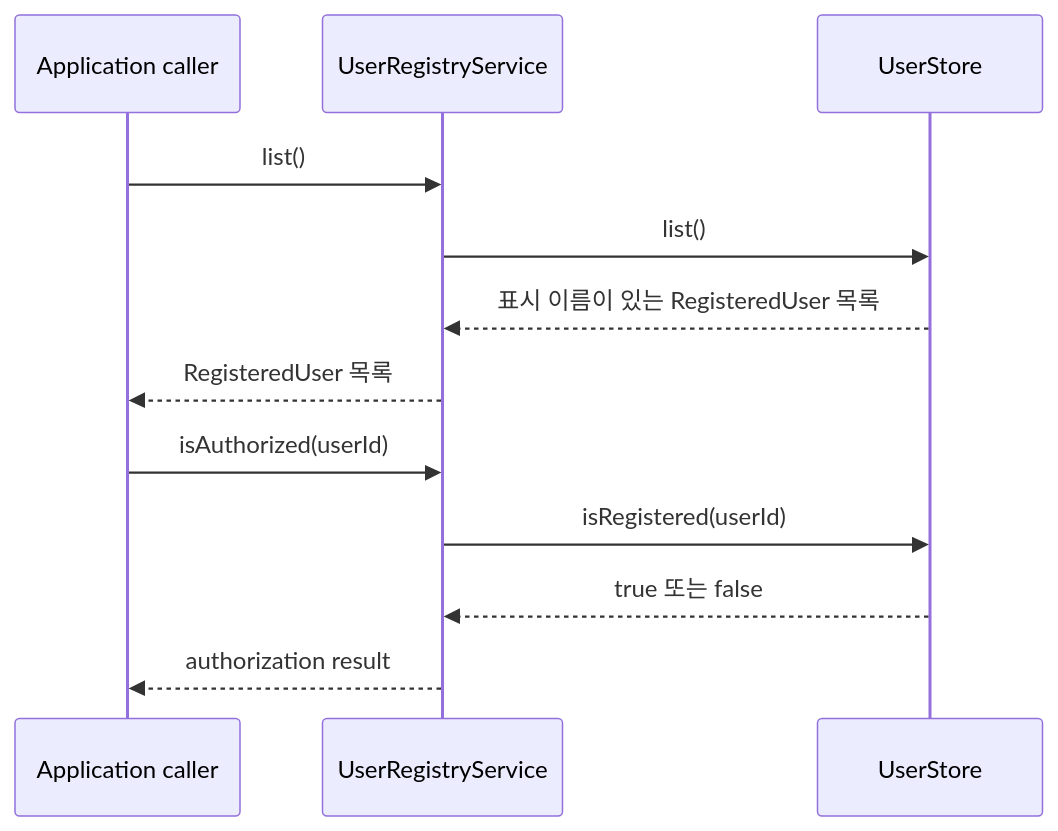
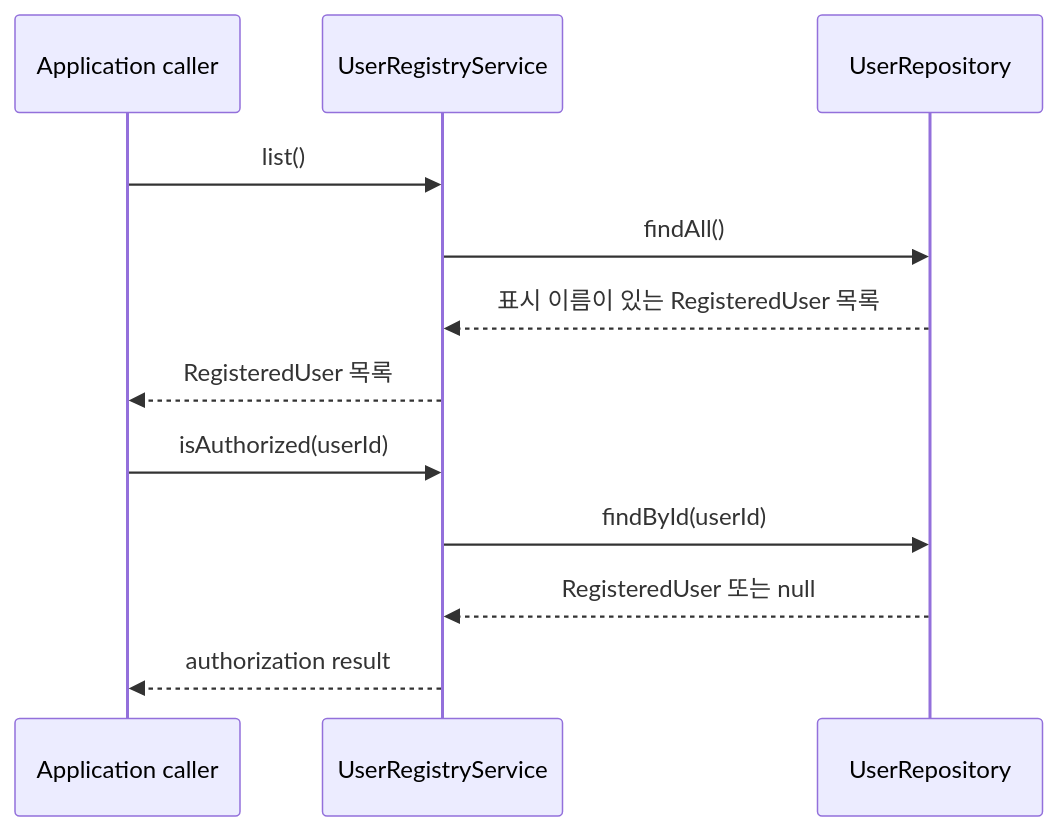
One commit to magenta1223/home_assistant changed the first of 2 diagrams in application/src/main/kotlin/com/homeassistant/application/usecase/identity/README.md. Above: the diagram before and after it, drawn with Mermaid. The commit also changed other lines of this file and 18 other files, not shown here.

Commit message:
refactor: Merge UserStore and UserCredentialStore into UserRepository

````diff
--- a/application/src/main/kotlin/com/homeassistant/application/usecase/identity/README.md
+++ b/application/src/main/kotlin/com/homeassistant/application/usecase/identity/README.md
@@ -11,16 +11,16 @@
 ```mermaid
 sequenceDiagram
     participant Caller as Application caller
     participant Registry as UserRegistryService
-    participant Store as UserStore
+    participant Users as UserRepository
 
     Caller->>Registry: list()
-    Registry->>Store: list()
-    Store-->>Registry: 표시 이름이 있는 RegisteredUser 목록
+    Registry->>Users: findAll()
+    Users-->>Registry: 표시 이름이 있는 RegisteredUser 목록
     Registry-->>Caller: RegisteredUser 목록
 
     Caller->>Registry: isAuthorized(userId)
-    Registry->>Store: isRegistered(userId)
-    Store-->>Registry: true 또는 false
+    Registry->>Users: findById(userId)
+    Users-->>Registry: RegisteredUser 또는 null
     Registry-->>Caller: authorization result
 ```
````
